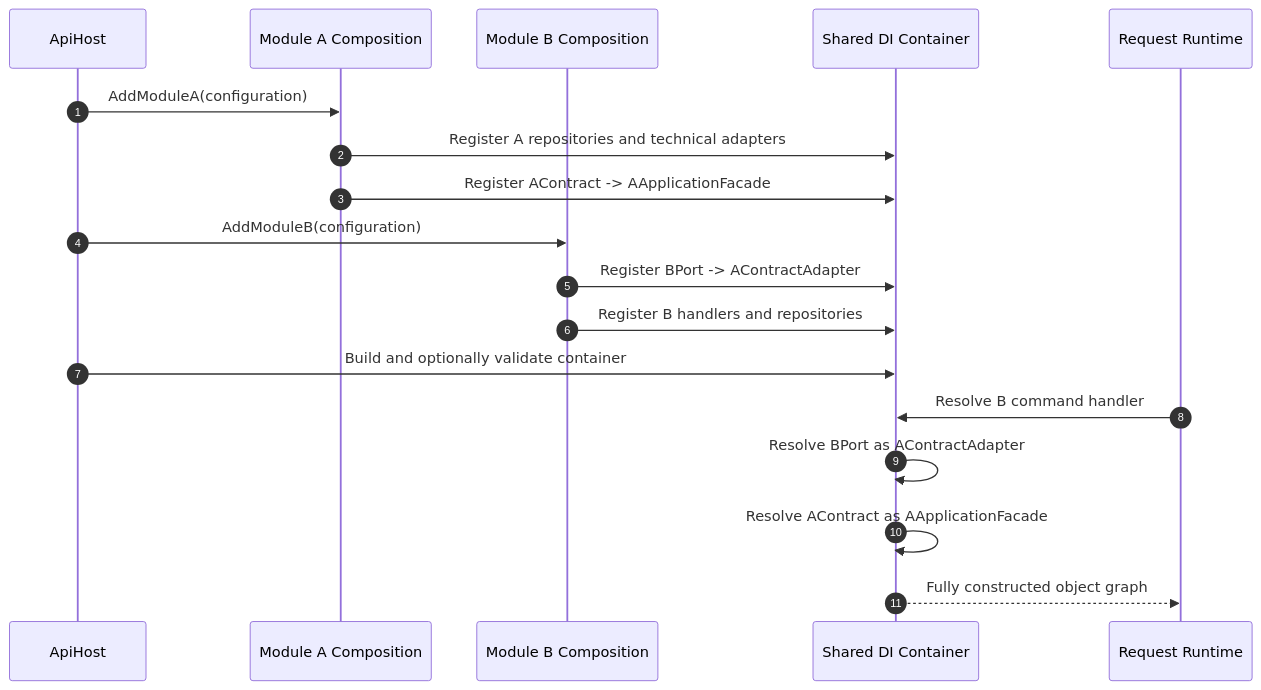
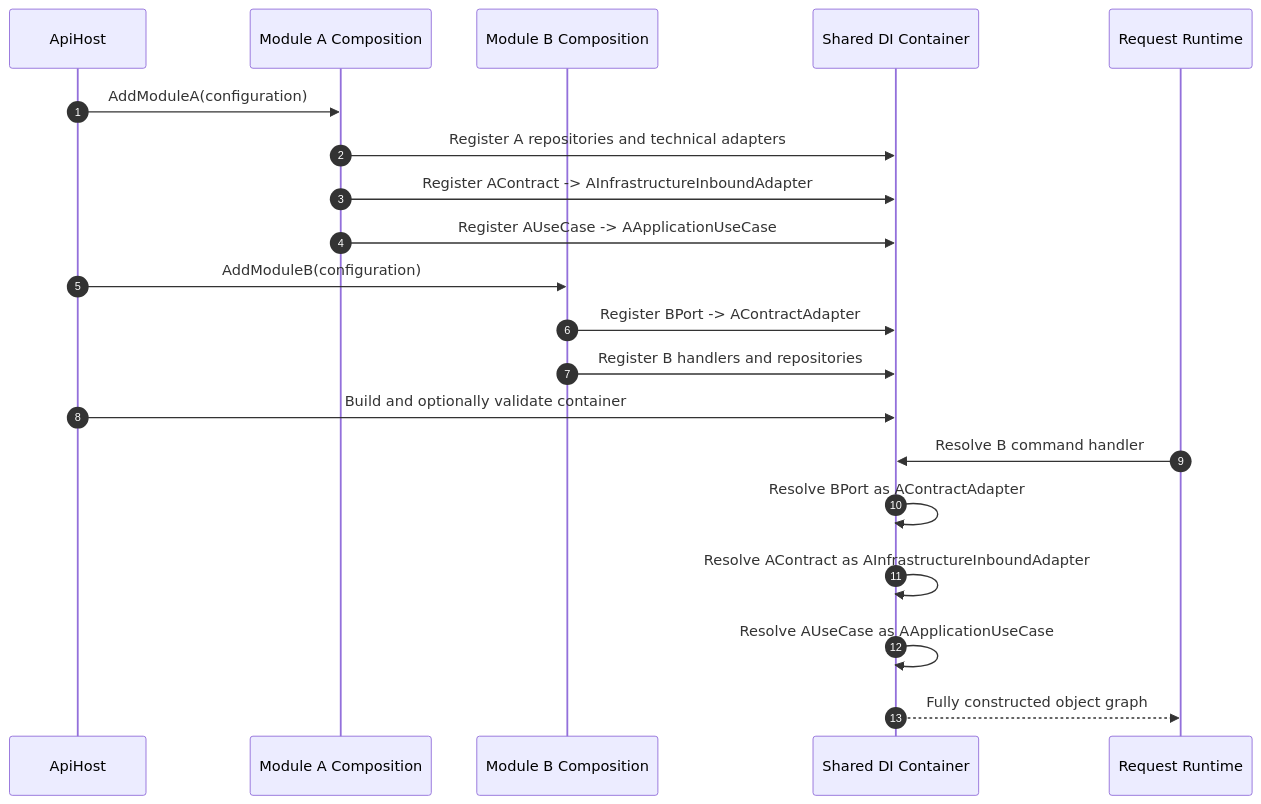
The first of 2 diagrams in docs/architecture/review/diagrams/06-target-di-composition-flow.md (von12549/IFX), drawn with Mermaid before and after one commit. The commit also changed 163 other files, not shown here.

````diff
--- a/docs/architecture/review/diagrams/06-target-di-composition-flow.md
+++ b/docs/architecture/review/diagrams/06-target-di-composition-flow.md
@@ -11,24 +11,26 @@
 ```mermaid
 sequenceDiagram
     autonumber
     participant Host as ApiHost
     participant AC as Module A Composition
     participant BC as Module B Composition
     participant DI as Shared DI Container
     participant Runtime as Request Runtime
 
     Host->>AC: AddModuleA(configuration)
     AC->>DI: Register A repositories and technical adapters
-    AC->>DI: Register AContract -> AApplicationFacade
+    AC->>DI: Register AContract -> AInfrastructureInboundAdapter
+    AC->>DI: Register AUseCase -> AApplicationUseCase
 
     Host->>BC: AddModuleB(configuration)
     BC->>DI: Register BPort -> AContractAdapter
     BC->>DI: Register B handlers and repositories
 
     Host->>DI: Build and optionally validate container
 
     Runtime->>DI: Resolve B command handler
     DI->>DI: Resolve BPort as AContractAdapter
-    DI->>DI: Resolve AContract as AApplicationFacade
+    DI->>DI: Resolve AContract as AInfrastructureInboundAdapter
+    DI->>DI: Resolve AUseCase as AApplicationUseCase
     DI-->>Runtime: Fully constructed object graph
 ```
````
